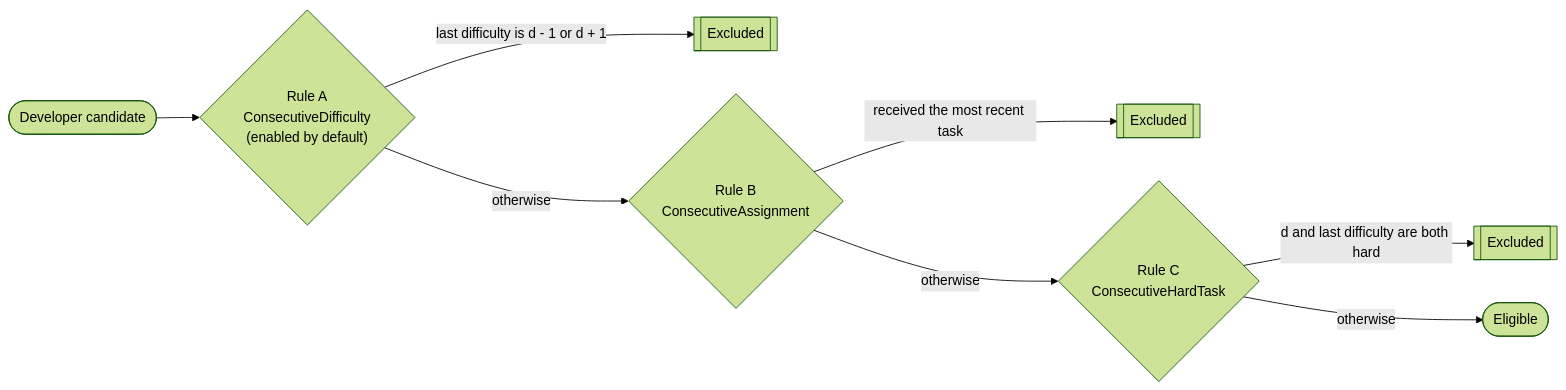
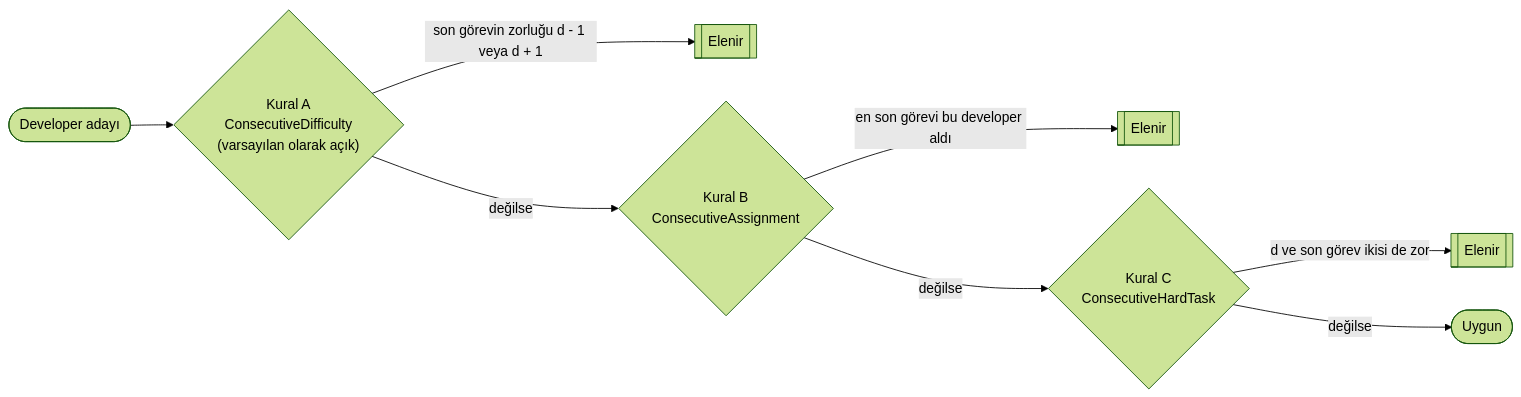
One commit to grbzemir/TaskDistribution changed the second of 2 diagrams in docs/assignment-algorithm.md. Above: the diagram before and after it, drawn with Mermaid (forest theme). The commit also changed other lines of this file and 2 other files, not shown here.

Commit message:
NTLG-000 feat: edit readme and assignment

````diff
--- a/docs/assignment-algorithm.md
+++ b/docs/assignment-algorithm.md
@@ -46,10 +46,10 @@
 ```mermaid
 flowchart LR
-    Candidate(["Developer candidate"]) --> A{"Rule A<br/>ConsecutiveDifficulty<br/>(enabled by default)"}
-    A -- "last difficulty is d - 1 or d + 1" --> OutA[["Excluded"]]
-    A -- "otherwise" --> B{"Rule B<br/>ConsecutiveAssignment"}
-    B -- "received the most recent task" --> OutB[["Excluded"]]
-    B -- "otherwise" --> C{"Rule C<br/>ConsecutiveHardTask"}
-    C -- "d and last difficulty are both hard" --> OutC[["Excluded"]]
-    C -- "otherwise" --> In(["Eligible"])
+    Candidate(["Developer adayı"]) --> A{"Kural A<br/>ConsecutiveDifficulty<br/>(varsayılan olarak açık)"}
+    A -- "son görevin zorluğu d - 1 veya d + 1" --> OutA[["Elenir"]]
+    A -- "değilse" --> B{"Kural B<br/>ConsecutiveAssignment"}
+    B -- "en son görevi bu developer aldı" --> OutB[["Elenir"]]
+    B -- "değilse" --> C{"Kural C<br/>ConsecutiveHardTask"}
+    C -- "d ve son görev ikisi de zor" --> OutC[["Elenir"]]
+    C -- "değilse" --> In(["Uygun"])
 ```
````
